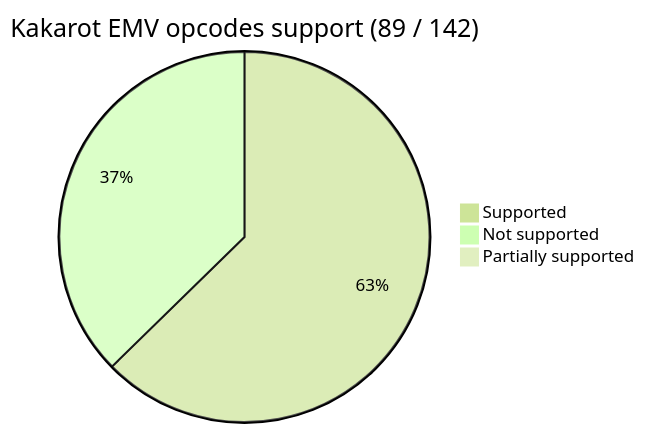
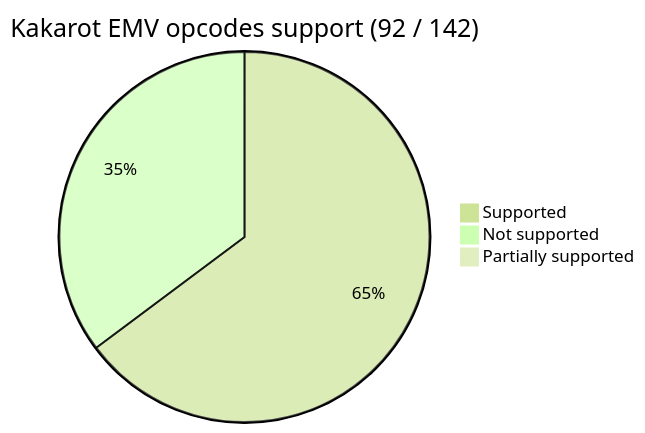
The first of 2 diagrams in README.md (kkrt-labs/kakarot), drawn with Mermaid before and after one commit. The commit also changed 5 other files, not shown here.

````diff
--- a/README.md
+++ b/README.md
@@ -40,7 +40,7 @@
 ```mermaid
 %%{init: {'theme': 'forest', 'themeVariables': { 'darkMode': 'false'}}}%%
-pie title Kakarot EMV opcodes support (89 / 142)
-    "Supported" : 89
-    "Not supported" : 53
+pie title Kakarot EMV opcodes support (92 / 142)
+    "Supported" : 92
+    "Not supported" : 50
     "Partially supported" : 0
 ```
````
